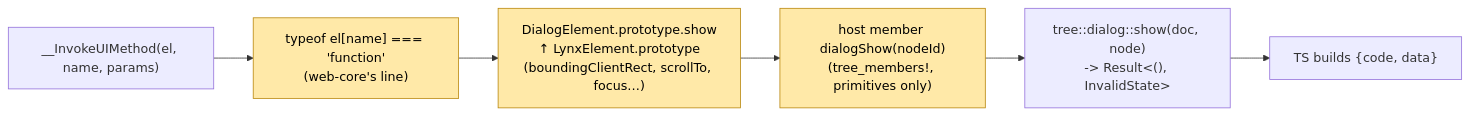
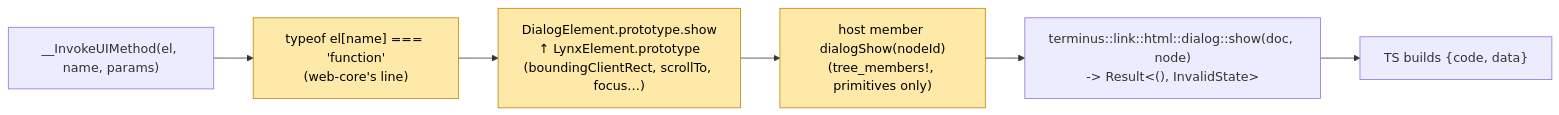
One commit to PupilTong/lynx-vello changed the second of 2 diagrams in docs/element-methods-design.md. Above: the diagram before and after it, drawn with Mermaid. The commit also changed other lines of this file and 2124 other files, not shown here.

First line of the commit message:
refactor: rename the engine crates (terminus, seldon, prime-radiant), move the painter and HTML elements into terminus, terminus::link as the one public surface (#471)

````diff
--- a/docs/element-methods-design.md
+++ b/docs/element-methods-design.md
@@ -138,9 +138,9 @@
 ```mermaid
 flowchart LR
   classDef focus fill:#ffe9a8,stroke:#b8860b,color:#000
   I["__InvokeUIMethod(el, name, params)"] --> R["typeof el[name] === 'function'<br/>(web-core's line)"]:::focus
   R --> P["DialogElement.prototype.show<br/>↑ LynxElement.prototype<br/>(boundingClientRect, scrollTo, focus…)"]:::focus
   P --> M["host member dialogShow(nodeId)<br/>(tree_members!, primitives only)"]:::focus
-  M --> D["tree::dialog::show(doc, node)<br/>-> Result&lt;(), InvalidState&gt;"]
+  M --> D["terminus::link::html::dialog::show(doc, node)<br/>-> Result&lt;(), InvalidState&gt;"]
   D --> O["TS builds {code, data}"]
 ```
````
